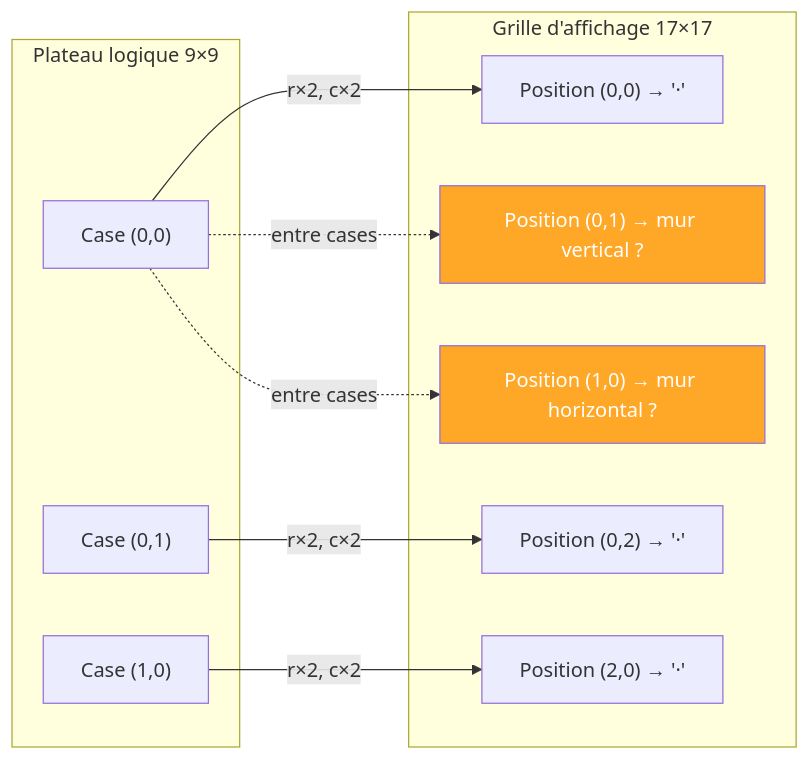
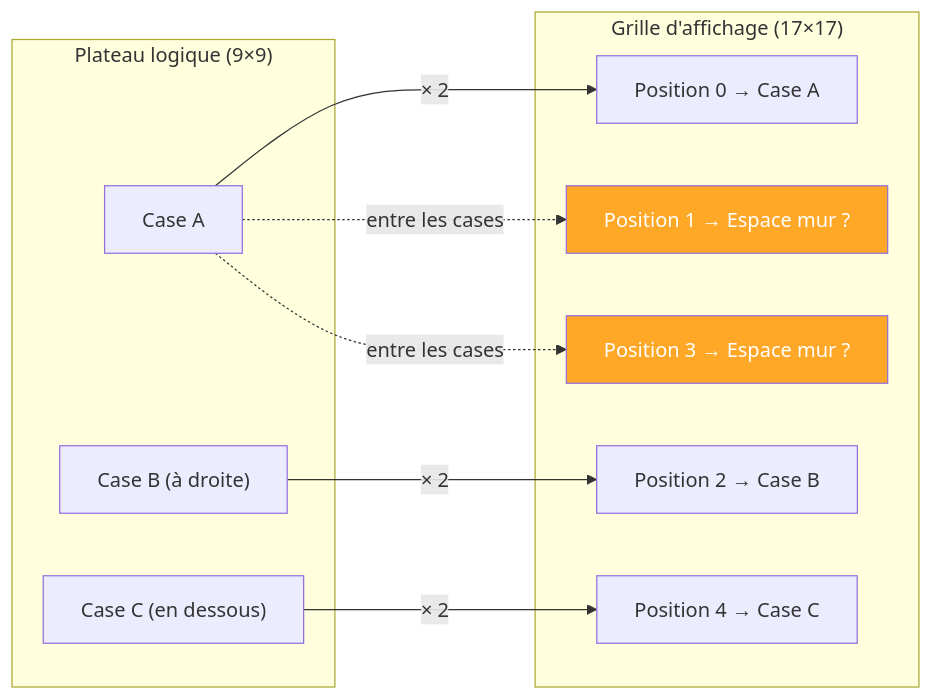
One commit to Silou1/Projet_mecatronique_I3 changed the fifth of 5 diagrams in flowcharts/04_plateau.md. Above: the diagram before and after it, drawn with Mermaid. The commit also changed other lines of this file and 3 other files, not shown here.

Commit message:
docs: simplify flowcharts with plain-language descriptions

````diff
--- a/flowcharts/04_plateau.md
+++ b/flowcharts/04_plateau.md
@@ -157,25 +165,25 @@
 ```mermaid
 flowchart LR
-    subgraph "Plateau logique 9×9"
-        L1["Case (0,0)"]
-        L2["Case (0,1)"]
-        L3["Case (1,0)"]
+    subgraph "Plateau logique (9×9)"
+        L1["Case A"]
+        L2["Case B (à droite)"]
+        L3["Case C (en dessous)"]
     end
 
-    subgraph "Grille d'affichage 17×17"
-        G1["Position (0,0) → '·'"]
-        G2["Position (0,2) → '·'"]
-        G3["Position (2,0) → '·'"]
-        G12["Position (0,1) → mur vertical ?"]
-        G13["Position (1,0) → mur horizontal ?"]
+    subgraph "Grille d'affichage (17×17)"
+        G1["Position 0 → Case A"]
+        G12["Position 1 → Espace mur ?"]
+        G2["Position 2 → Case B"]
+        G13["Position 3 → Espace mur ?"]
+        G3["Position 4 → Case C"]
     end
 
-    L1 -->|"r×2, c×2"| G1
-    L2 -->|"r×2, c×2"| G2
-    L3 -->|"r×2, c×2"| G3
-    L1 -.->|"entre cases"| G12
-    L1 -.->|"entre cases"| G13
+    L1 -->|"× 2"| G1
+    L2 -->|"× 2"| G2
+    L3 -->|"× 2"| G3
+    L1 -.->|"entre les cases"| G12
+    L1 -.->|"entre les cases"| G13
 
     style G12 fill:#FFA726,color:#fff
     style G13 fill:#FFA726,color:#fff
 ```
````
